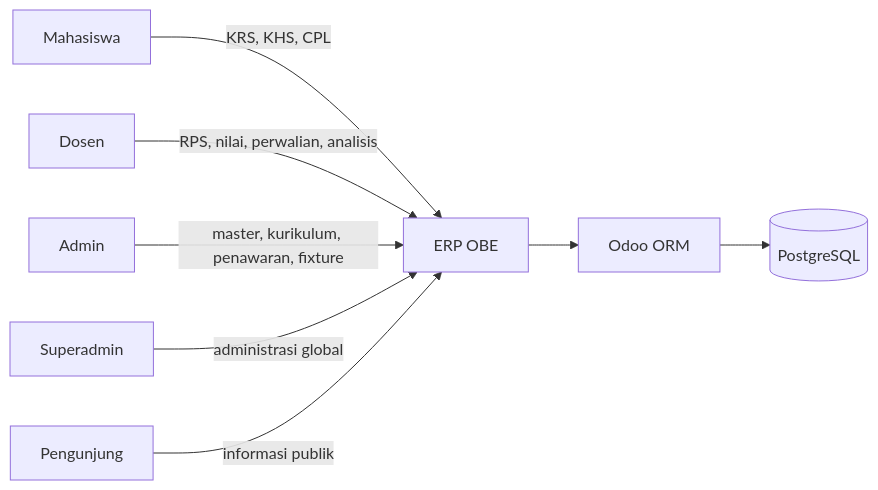
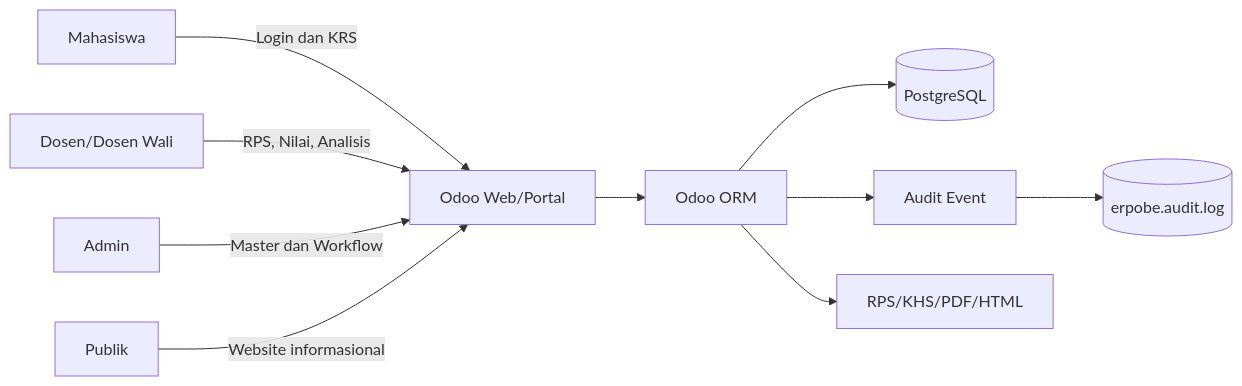
Before and after one commit to SesaSatriva/erpobe_odoo19: the first of 10 diagrams in docs/skripsi/enterprise-architecture.md, drawn with Mermaid. The commit also changed other lines of this file, not shown here.

Commit message:
Doc : Fixed Enterprise Architecture

````diff
--- a/docs/skripsi/enterprise-architecture.md
+++ b/docs/skripsi/enterprise-architecture.md
@@ -139,10 +128,12 @@
 ```mermaid
 flowchart LR
-  Student[Mahasiswa] -->|KRS, KHS, CPL| System[ERP OBE]
-  Lecturer[Dosen] -->|RPS, nilai, perwalian, analisis| System
-  Admin[Admin] -->|master, kurikulum, penawaran, fixture| System
-  Superadmin[Superadmin] -->|administrasi global| System
-  Public[Pengunjung] -->|informasi publik| System
-  System --> ORM[Odoo ORM]
-  ORM --> PG[(PostgreSQL)]
+    M[Mahasiswa] -->|Login dan KRS| W[Odoo Web/Portal]
+    D[Dosen/Dosen Wali] -->|RPS, Nilai, Analisis| W
+    A[Admin] -->|Master dan Workflow| W
+    P[Publik] -->|Website informasional| W
+    W --> ORM[Odoo ORM]
+    ORM --> PG[(PostgreSQL)]
+    ORM --> AUD[Audit Event]
+    AUD --> LOG[(erpobe.audit.log)]
+    ORM --> Q[RPS/KHS/PDF/HTML]
 ```
````
